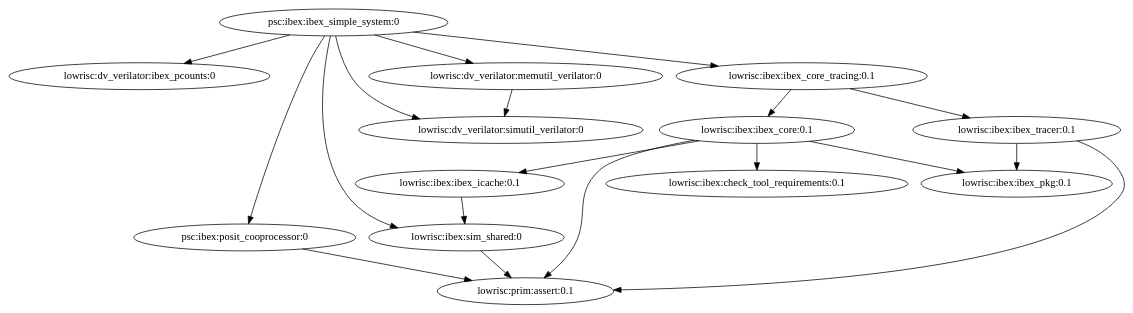
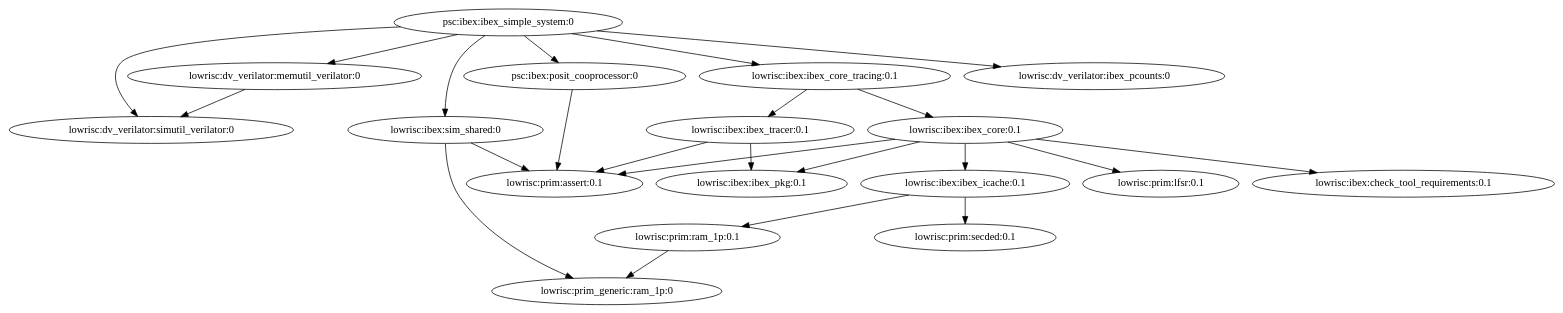
The diagram in ibex/build/psc_ibex_ibex_simple_system_0/sim-verilator/psc_ibex_ibex_simple_system_0.deps-after-generators.dot (jaimedelreyg/pmpu), drawn with Graphviz before and after one commit. The commit also changed 76 other files, not shown here.

```diff
--- a/ibex/build/psc_ibex_ibex_simple_system_0/sim-verilator/psc_ibex_ibex_simple_system_0.deps-after-generators.dot
+++ b/ibex/build/psc_ibex_ibex_simple_system_0/sim-verilator/psc_ibex_ibex_simple_system_0.deps-after-generators.dot
@@ -1,20 +1,24 @@
 digraph dependencies {
+"psc:ibex:ibex_simple_system:0"->"lowrisc:dv_verilator:memutil_verilator:0"
+"psc:ibex:ibex_simple_system:0"->"lowrisc:ibex:sim_shared:0"
 "psc:ibex:ibex_simple_system:0"->"lowrisc:dv_verilator:ibex_pcounts:0"
+"psc:ibex:ibex_simple_system:0"->"lowrisc:ibex:ibex_core_tracing:0.1"
+"psc:ibex:ibex_simple_system:0"->"lowrisc:dv_verilator:simutil_verilator:0"
 "psc:ibex:ibex_simple_system:0"->"psc:ibex:posit_cooprocessor:0"
-"psc:ibex:ibex_simple_system:0"->"lowrisc:ibex:sim_shared:0"
-"psc:ibex:ibex_simple_system:0"->"lowrisc:dv_verilator:simutil_verilator:0"
-"psc:ibex:ibex_simple_system:0"->"lowrisc:dv_verilator:memutil_verilator:0"
-"psc:ibex:ibex_simple_system:0"->"lowrisc:ibex:ibex_core_tracing:0.1"
 "lowrisc:dv_verilator:memutil_verilator:0"->"lowrisc:dv_verilator:simutil_verilator:0"
+"lowrisc:ibex:ibex_core_tracing:0.1"->"lowrisc:ibex:ibex_core:0.1"
 "lowrisc:ibex:ibex_core_tracing:0.1"->"lowrisc:ibex:ibex_tracer:0.1"
-"lowrisc:ibex:ibex_core_tracing:0.1"->"lowrisc:ibex:ibex_core:0.1"
+"lowrisc:ibex:ibex_core:0.1"->"lowrisc:ibex:ibex_icache:0.1"
+"lowrisc:ibex:ibex_core:0.1"->"lowrisc:ibex:check_tool_requirements:0.1"
 "lowrisc:ibex:ibex_core:0.1"->"lowrisc:ibex:ibex_pkg:0.1"
 "lowrisc:ibex:ibex_core:0.1"->"lowrisc:prim:assert:0.1"
-"lowrisc:ibex:ibex_core:0.1"->"lowrisc:ibex:check_tool_requirements:0.1"
-"lowrisc:ibex:ibex_core:0.1"->"lowrisc:ibex:ibex_icache:0.1"
-"lowrisc:ibex:ibex_icache:0.1"->"lowrisc:ibex:sim_shared:0"
-"lowrisc:ibex:sim_shared:0"->"lowrisc:prim:assert:0.1"
+"lowrisc:ibex:ibex_core:0.1"->"lowrisc:prim:lfsr:0.1"
+"lowrisc:ibex:ibex_icache:0.1"->"lowrisc:prim:ram_1p:0.1"
+"lowrisc:ibex:ibex_icache:0.1"->"lowrisc:prim:secded:0.1"
+"lowrisc:prim:ram_1p:0.1"->"lowrisc:prim_generic:ram_1p:0"
 "lowrisc:ibex:ibex_tracer:0.1"->"lowrisc:ibex:ibex_pkg:0.1"
 "lowrisc:ibex:ibex_tracer:0.1"->"lowrisc:prim:assert:0.1"
+"lowrisc:ibex:sim_shared:0"->"lowrisc:prim_generic:ram_1p:0"
+"lowrisc:ibex:sim_shared:0"->"lowrisc:prim:assert:0.1"
 "psc:ibex:posit_cooprocessor:0"->"lowrisc:prim:assert:0.1"
 }
```
